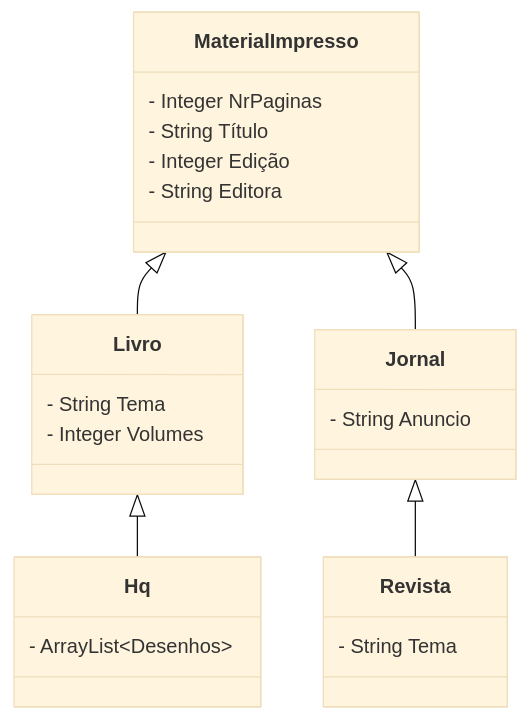
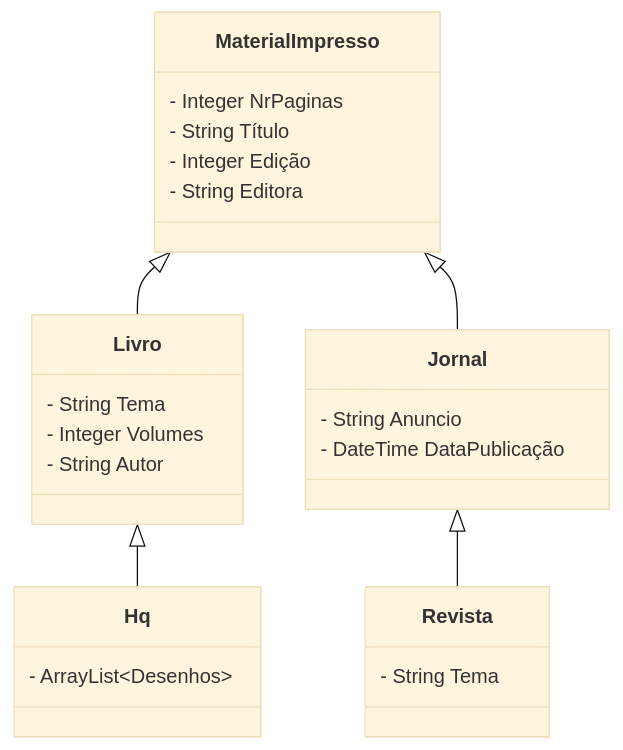
One commit to riedel-gabriela/opp1repo changed the diagram in aula-11/Banca.md. Above: the diagram before and after it, drawn with Mermaid (base theme). The commit also changed 10 other files, not shown here.

````diff
--- a/aula-11/Banca.md
+++ b/aula-11/Banca.md
@@ -1,27 +1,29 @@
 ```mermaid
 classDiagram
     direction BT
     Hq --|> Livro
     Revista --|> Jornal
     Livro --|> MaterialImpresso
     Jornal --|> MaterialImpresso
     class MaterialImpresso {
         - Integer NrPaginas
         - String Título
         - Integer Edição
         - String Editora
     }
     class Livro {
         - String Tema
         - Integer Volumes
+        - String Autor
     }
     class Jornal {
         - String Anuncio
+        - DateTime DataPublicação
     }
     class Revista {
         - String Tema
     }
     class Hq {
         - ArrayList~Desenhos~
     }
 ```
````
